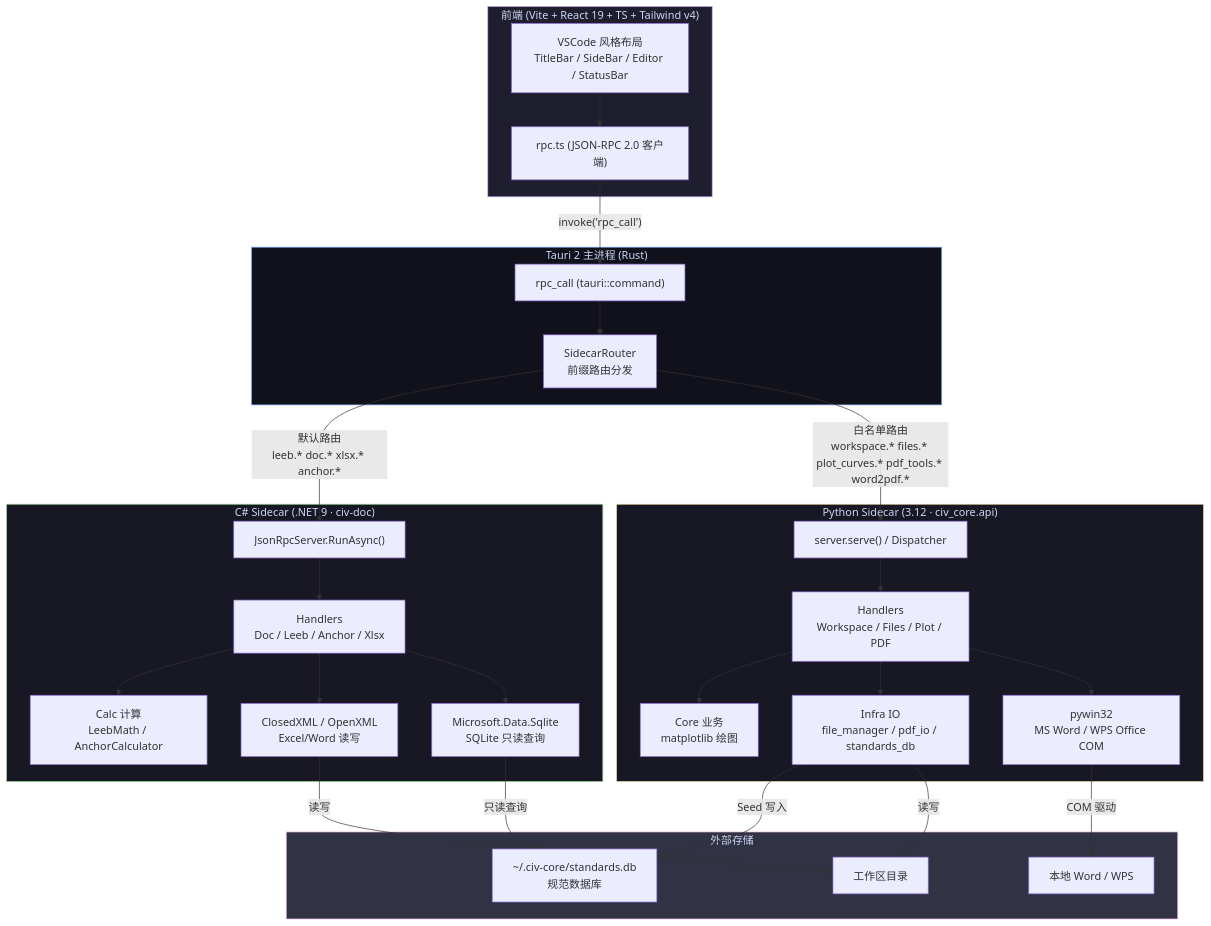
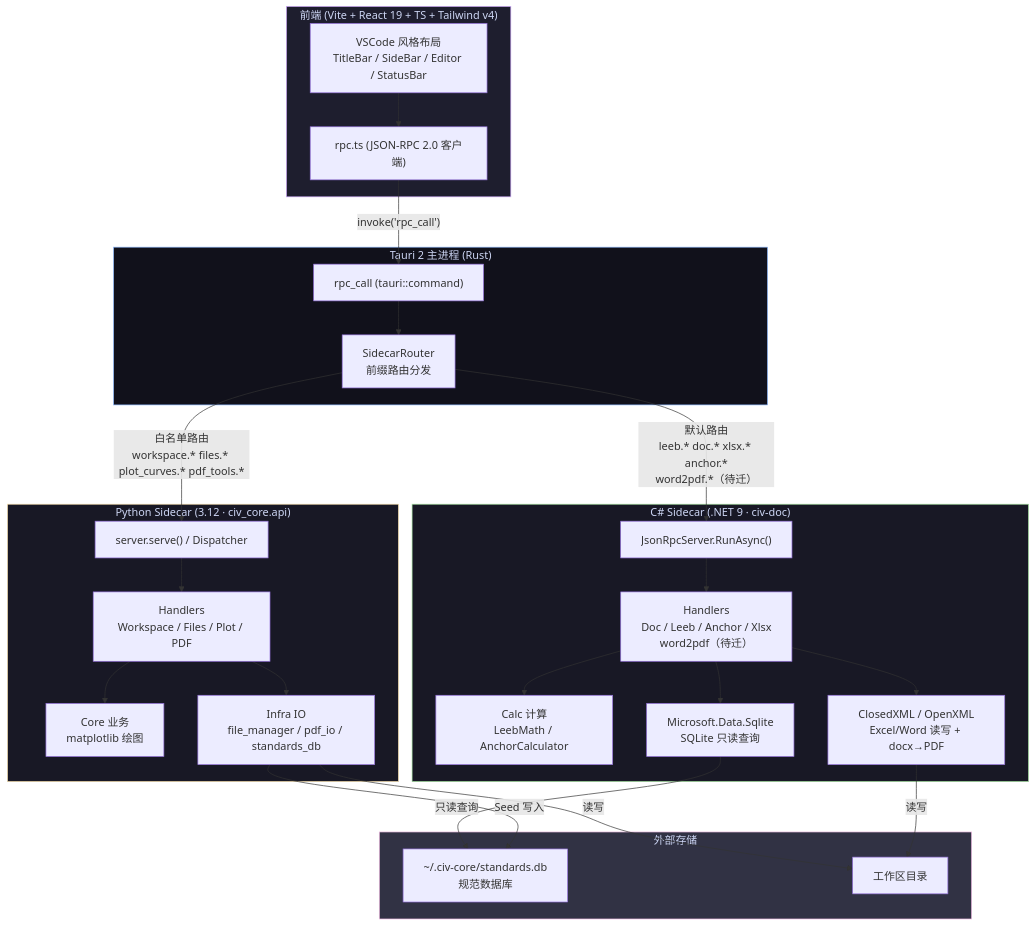
The diagram in CLAUDE.md (ZGQ2001/civ-core), drawn with Mermaid before and after one commit. The commit also changed other lines of this file, not shown here.

Commit message:
docs: 架构图标记 word2pdf→C# 迁移目标，删除 COM 层

````diff
--- a/CLAUDE.md
+++ b/CLAUDE.md
@@ -14,60 +14,56 @@
 ```mermaid
 graph TB
     subgraph Frontend ["前端 (Vite + React 19 + TS + Tailwind v4)"]
         UI["VSCode 风格布局<br/>TitleBar / SideBar / Editor / StatusBar"]
         RPC_Client["rpc.ts (JSON-RPC 2.0 客户端)"]
         UI --> RPC_Client
     end
 
     subgraph Tauri ["Tauri 2 主进程 (Rust)"]
         IPC_Cmd["rpc_call (tauri::command)"]
         Router["SidecarRouter<br/>前缀路由分发"]
         RPC_Client -- "invoke('rpc_call')" --> IPC_Cmd
         IPC_Cmd --> Router
     end
 
     subgraph CSharp ["C# Sidecar (.NET 9 · civ-doc)"]
         CS_RPC["JsonRpcServer.RunAsync()"]
-        CS_Handlers["Handlers<br/>Doc / Leeb / Anchor / Xlsx"]
+        CS_Handlers["Handlers<br/>Doc / Leeb / Anchor / Xlsx<br/>word2pdf（待迁）"]
         CS_Calc["Calc 计算<br/>LeebMath / AnchorCalculator"]
-        CS_CL["ClosedXML / OpenXML<br/>Excel/Word 读写"]
+        CS_CL["ClosedXML / OpenXML<br/>Excel/Word 读写 + docx→PDF"]
         CS_SQL["Microsoft.Data.Sqlite<br/>SQLite 只读查询"]
         CS_RPC --> CS_Handlers
         CS_Handlers --> CS_Calc
         CS_Handlers --> CS_CL
         CS_Handlers --> CS_SQL
     end
 
     subgraph Python ["Python Sidecar (3.12 · civ_core.api)"]
         Py_RPC["server.serve() / Dispatcher"]
         Py_Handlers["Handlers<br/>Workspace / Files / Plot / PDF"]
         Py_Core["Core 业务<br/>matplotlib 绘图"]
         Py_Infra["Infra IO<br/>file_manager / pdf_io / standards_db"]
-        Py_COM["pywin32<br/>MS Word / WPS Office COM"]
         Py_RPC --> Py_Handlers
         Py_Handlers --> Py_Core
         Py_Handlers --> Py_Infra
-        Py_Handlers --> Py_COM
     end
 
     subgraph Storage ["外部存储"]
         DB["~/.civ-core/standards.db<br/>规范数据库"]
-        COM_App["本地 Word / WPS"]
         Disk["工作区目录"]
     end
 
-    Router -- "默认路由<br/>leeb.* doc.* xlsx.* anchor.*" --> CS_RPC
-    Router -- "白名单路由<br/>workspace.* files.* plot_curves.* pdf_tools.* word2pdf.*" --> Py_RPC
+    Router -- "默认路由<br/>leeb.* doc.* xlsx.* anchor.*<br/>word2pdf.*（待迁）" --> CS_RPC
+    Router -- "白名单路由<br/>workspace.* files.* plot_curves.* pdf_tools.*" --> Py_RPC
 
     CS_SQL -- "只读查询" --> DB
     Py_Infra -- "Seed 写入" --> DB
-    Py_COM -- "COM 驱动" --> COM_App
     Py_Infra -- "读写" --> Disk
     CS_CL -- "读写" --> Disk
 
     style Frontend fill:#1e1e2e,stroke:#cba6f7,color:#cdd6f4
     style Tauri fill:#11111b,stroke:#89b4fa,color:#cdd6f4
     style CSharp fill:#181825,stroke:#a6e3a1,color:#cdd6f4
     style Python fill:#181825,stroke:#f9e2af,color:#cdd6f4
     style Storage fill:#313244,stroke:#f5c2e7,color:#cdd6f4
 ```
````
